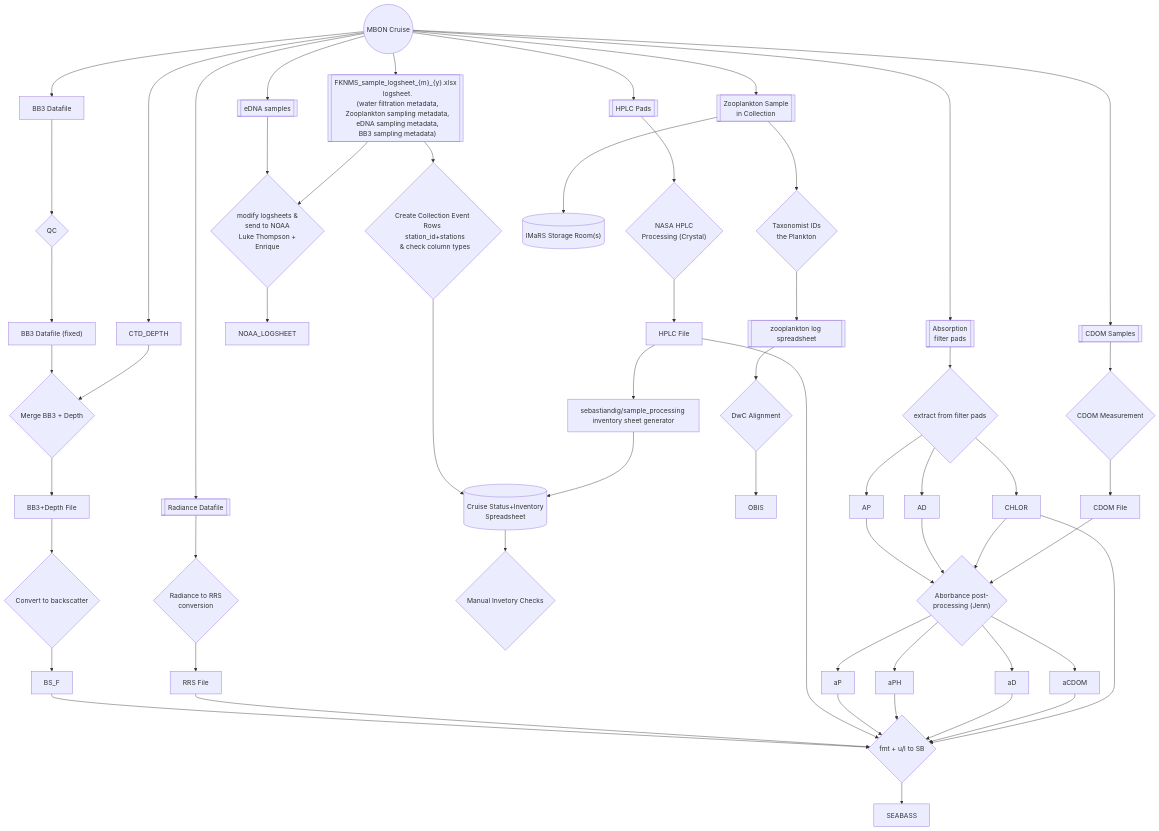
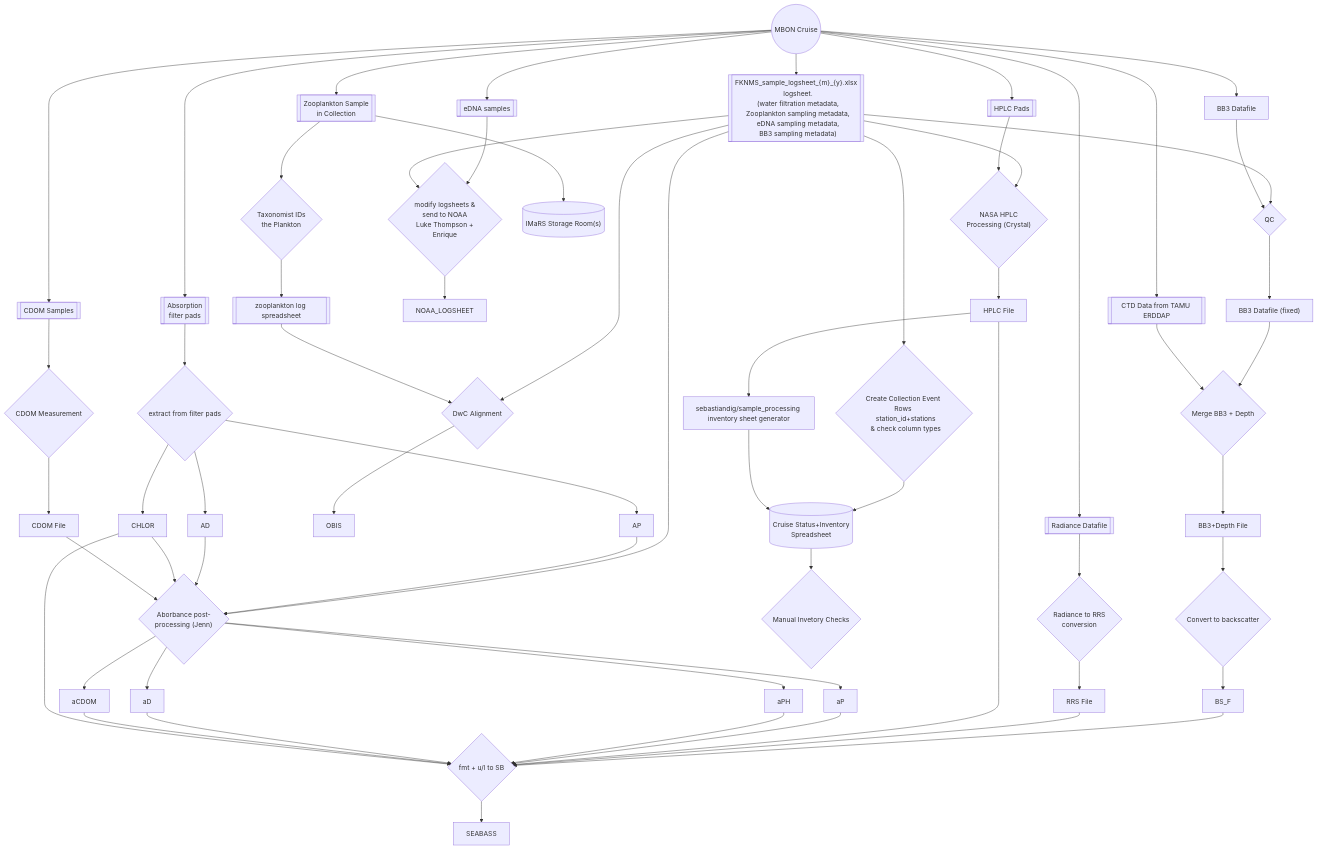
One commit to USF-IMARS/data-docs changed the diagram in raw_data_collection_event_types/MBON_cruises/README.md. Above: the diagram before and after it, drawn with Mermaid.

```diff
--- a/raw_data_collection_event_types/MBON_cruises/README.md
+++ b/raw_data_collection_event_types/MBON_cruises/README.md
@@ -44,7 +44,7 @@
 CRUISE --> CDOM[[CDOM Samples]]
 CRUISE --> BB3[BB3 Datafile]
 CRUISE --> RAD[[Radiance Datafile]]
-CRUISE --> CTD_DEPTH
+CRUISE --> CTD_DEPTH[[CTD Data from TAMU ERDDAP]]
 CRUISE --> eDNA
 CRUISE --> LOGSHEET[["
   FKNMS_sample_logsheet_{m}_{y}.xlsx
@@ -74,6 +74,7 @@
 LOGSHEET --> NOAA
 
 %% === BB3 Pipeline
+LOGSHEET --> BB3_QC
 BB3 --> BB3_QC{"QC"}
 --> BB3_FIXED["BB3 Datafile (fixed)"]
 --> MERGE_BB3{Merge BB3 + Depth} 
@@ -91,6 +92,7 @@
 --> SB_FMT
 
 %% === HPLC pipeline
+LOGSHEET --> NASA
 HPLC --> NASA{"NASA HPLC \n Processing (Crystal)"}
 NASA --> HPLC_F[HPLC File]
 HPLC_F --> SB_FMT
@@ -103,6 +105,7 @@
 %% === zooplankton pipeline
 ZOO --> TAXIZE{Taxonomist IDs \n the Plankton}
 TAXIZE --> ZOO_LOG[[zooplankton log spreadsheet]]
+LOGSHEET --> DWC
 ZOO_LOG --> DWC{DwC Alignment}
 DWC --> OBIS
 ZOO --> STORE[("IMaRS Storage Room(s)")]
@@ -113,6 +116,7 @@
 PAD_EXTRACT --> AD
 PAD_EXTRACT --> CHLOR
 
+LOGSHEET --> PAD_P
 AP --> PAD_P{"Aborbance post- \n processing (Jenn)"}
 AD --> PAD_P
 CHLOR -->PAD_P
```
